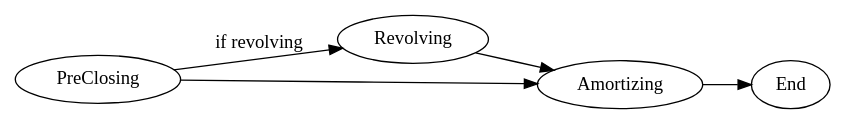
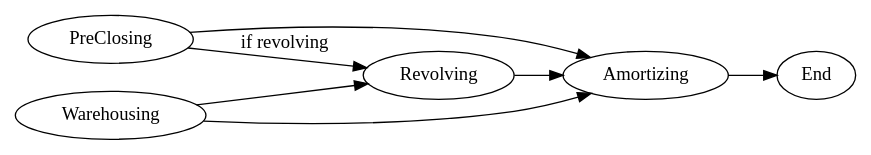
Before and after one commit to yellowbean/AbsBox: the third of 7 diagrams in docs/source/modeling.rst, drawn with Graphviz. The commit also changed other lines of this file and 4 other files, not shown here.

```diff
--- a/docs/source/modeling.rst
+++ b/docs/source/modeling.rst
@@ -690,13 +695,15 @@
 .. graphviz::
     :name: sphinx.ext.graphviz
     :caption: deal cycle
     :alt: deal cycle
     :align: center
 
     digraph {
       rankdir=LR;
       PreClosing -> Revolving [label="if revolving"]
       PreClosing -> Amortizing
       Revolving -> Amortizing
+      Warehousing -> Revolving
+      Warehousing -> Amortizing
       Amortizing -> End
     }
```
